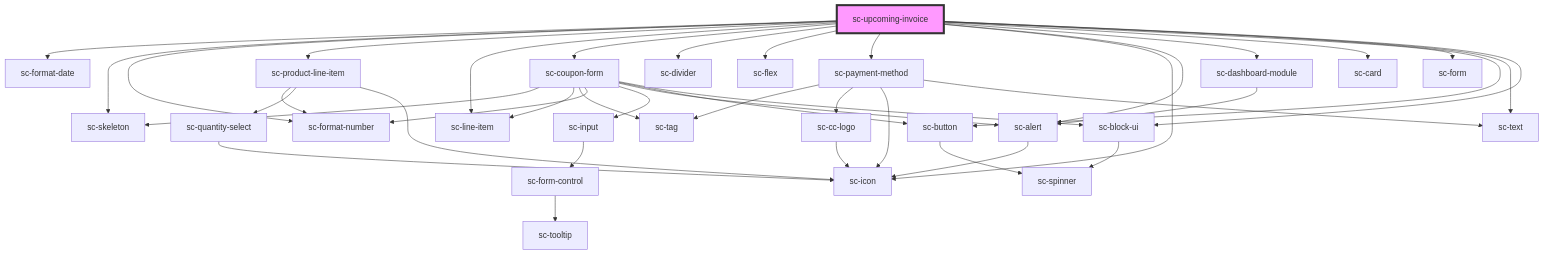
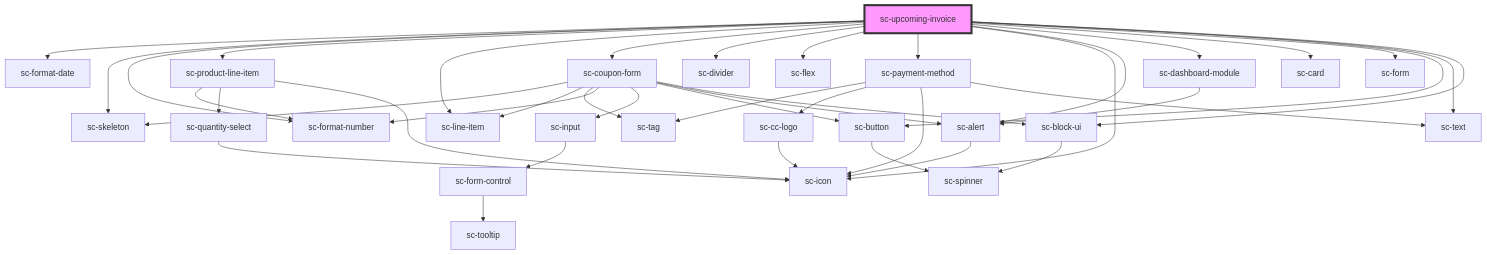
The diagram in packages/components/src/components/controllers/dashboard/upcoming-invoice/readme.md (surecart/surecart-wp-plugin), drawn with Mermaid before and after one commit. The commit also changed other lines of this file and 8 other files, not shown here.

````diff
--- a/packages/components/src/components/controllers/dashboard/upcoming-invoice/readme.md
+++ b/packages/components/src/components/controllers/dashboard/upcoming-invoice/readme.md
@@ -46,44 +46,44 @@
 ```mermaid
 graph TD;
   sc-upcoming-invoice --> sc-format-date
   sc-upcoming-invoice --> sc-skeleton
   sc-upcoming-invoice --> sc-format-number
   sc-upcoming-invoice --> sc-product-line-item
   sc-upcoming-invoice --> sc-line-item
   sc-upcoming-invoice --> sc-coupon-form
   sc-upcoming-invoice --> sc-divider
   sc-upcoming-invoice --> sc-flex
   sc-upcoming-invoice --> sc-payment-method
   sc-upcoming-invoice --> sc-icon
   sc-upcoming-invoice --> sc-alert
   sc-upcoming-invoice --> sc-dashboard-module
   sc-upcoming-invoice --> sc-card
   sc-upcoming-invoice --> sc-form
   sc-upcoming-invoice --> sc-button
   sc-upcoming-invoice --> sc-text
   sc-upcoming-invoice --> sc-block-ui
   sc-product-line-item --> sc-format-number
   sc-product-line-item --> sc-quantity-select
   sc-product-line-item --> sc-icon
   sc-quantity-select --> sc-icon
   sc-coupon-form --> sc-skeleton
   sc-coupon-form --> sc-line-item
   sc-coupon-form --> sc-tag
   sc-coupon-form --> sc-format-number
   sc-coupon-form --> sc-input
+  sc-coupon-form --> sc-button
   sc-coupon-form --> sc-alert
-  sc-coupon-form --> sc-button
   sc-coupon-form --> sc-block-ui
   sc-input --> sc-form-control
   sc-form-control --> sc-tooltip
+  sc-button --> sc-spinner
   sc-alert --> sc-icon
-  sc-button --> sc-spinner
   sc-block-ui --> sc-spinner
   sc-payment-method --> sc-tag
   sc-payment-method --> sc-cc-logo
   sc-payment-method --> sc-icon
   sc-payment-method --> sc-text
   sc-cc-logo --> sc-icon
   sc-dashboard-module --> sc-alert
   style sc-upcoming-invoice fill:#f9f,stroke:#333,stroke-width:4px
 ```
````
